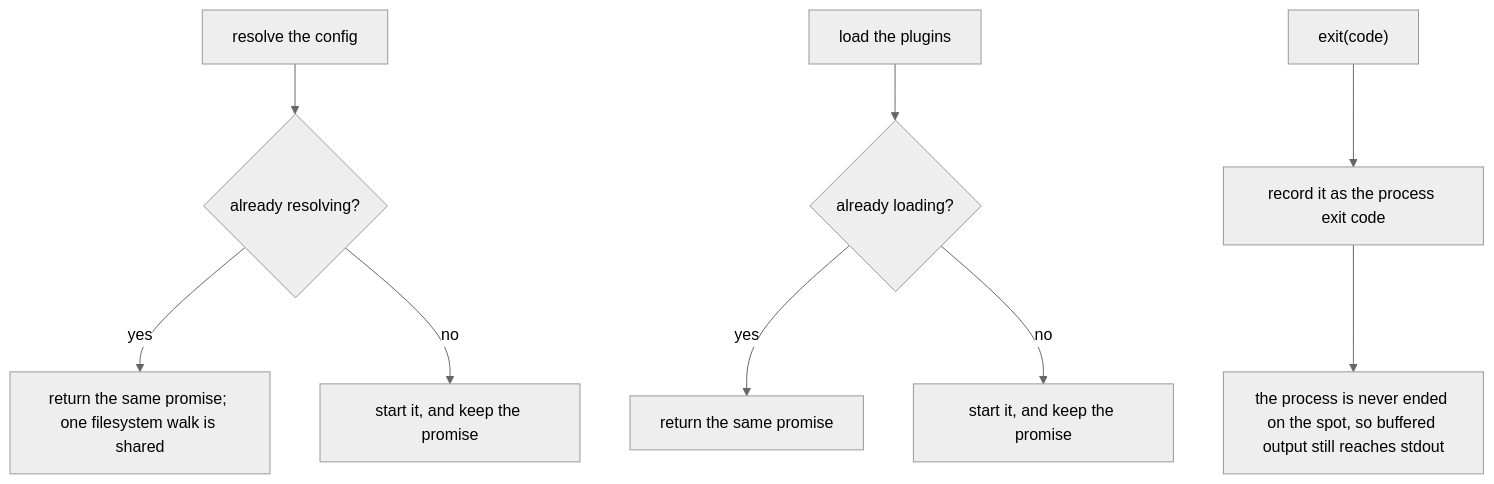
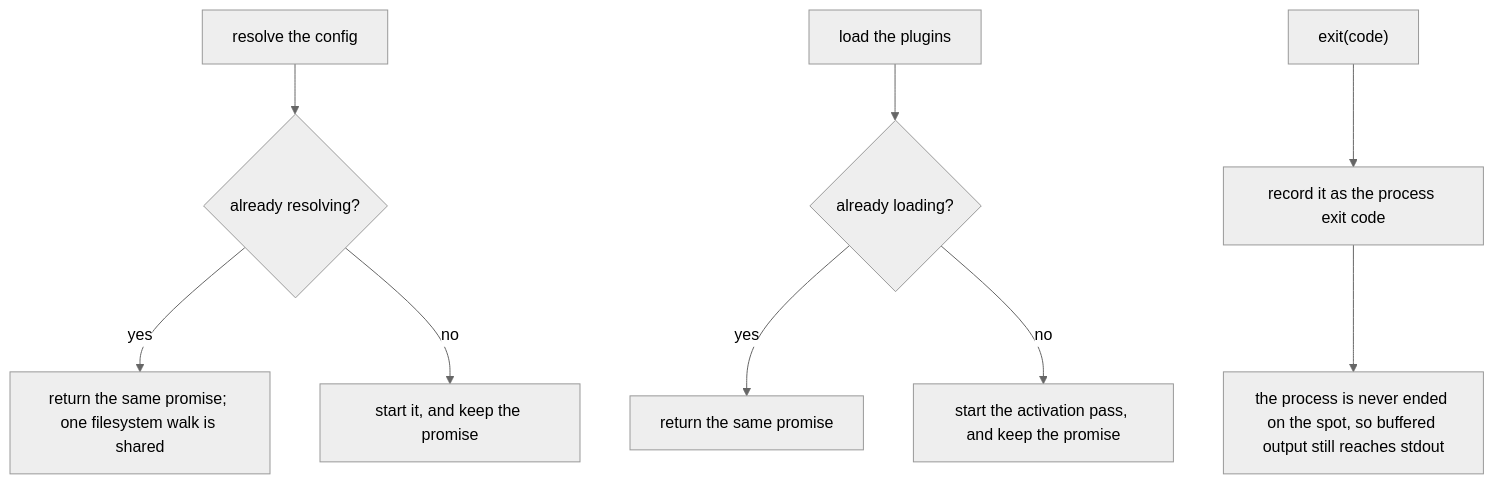
One commit to clibuilder/clibuilder changed the fourth of 4 diagrams in packages/clibuilder/.agents/spec/execution/README.md. Above: the diagram before and after it, drawn with Mermaid (neutral theme). The commit also changed other lines of this file and 1 other file, not shown here.

Commit message:
docs(clibuilder): cover the first plugin load, matching its config twin
execution's judge passed the node but flagged that sub-graph E's
first-plugin-load branch had no scenario-map entry, while its symmetric
config-side case does — only the cache-hit branch was covered, so the
promise-caching guarantee was unasserted for plugins.

The two branches also shared a label, which is why the asymmetry was easy
to miss; the plugin one now names the activation pass it starts.

47 -> 48 scenarios.

Claude-Session: https://claude.ai/code/session_01ApaSQYq4gvpQgibMuwq5nu

````diff
--- a/packages/clibuilder/.agents/spec/execution/README.md
+++ b/packages/clibuilder/.agents/spec/execution/README.md
@@ -283,11 +283,11 @@
 ```mermaid
 graph TD
   RC2[resolve the config] --> CACHE{"already resolving?"}
   CACHE -- yes --> SAME[return the same promise; one filesystem walk is shared]
   CACHE -- no --> START[start it, and keep the promise]
   LPG[load the plugins] --> LCACHE{"already loading?"}
   LCACHE -- yes --> LSAME[return the same promise]
-  LCACHE -- no --> LSTART[start it, and keep the promise]
+  LCACHE -- no --> LSTART[start the activation pass, and keep the promise]
   EX["exit(code)"] --> RECORD["record it as the process exit code"]
   RECORD --> NOTKILL["the process is never ended on the spot, so buffered output still reaches stdout"]
 ```
````
